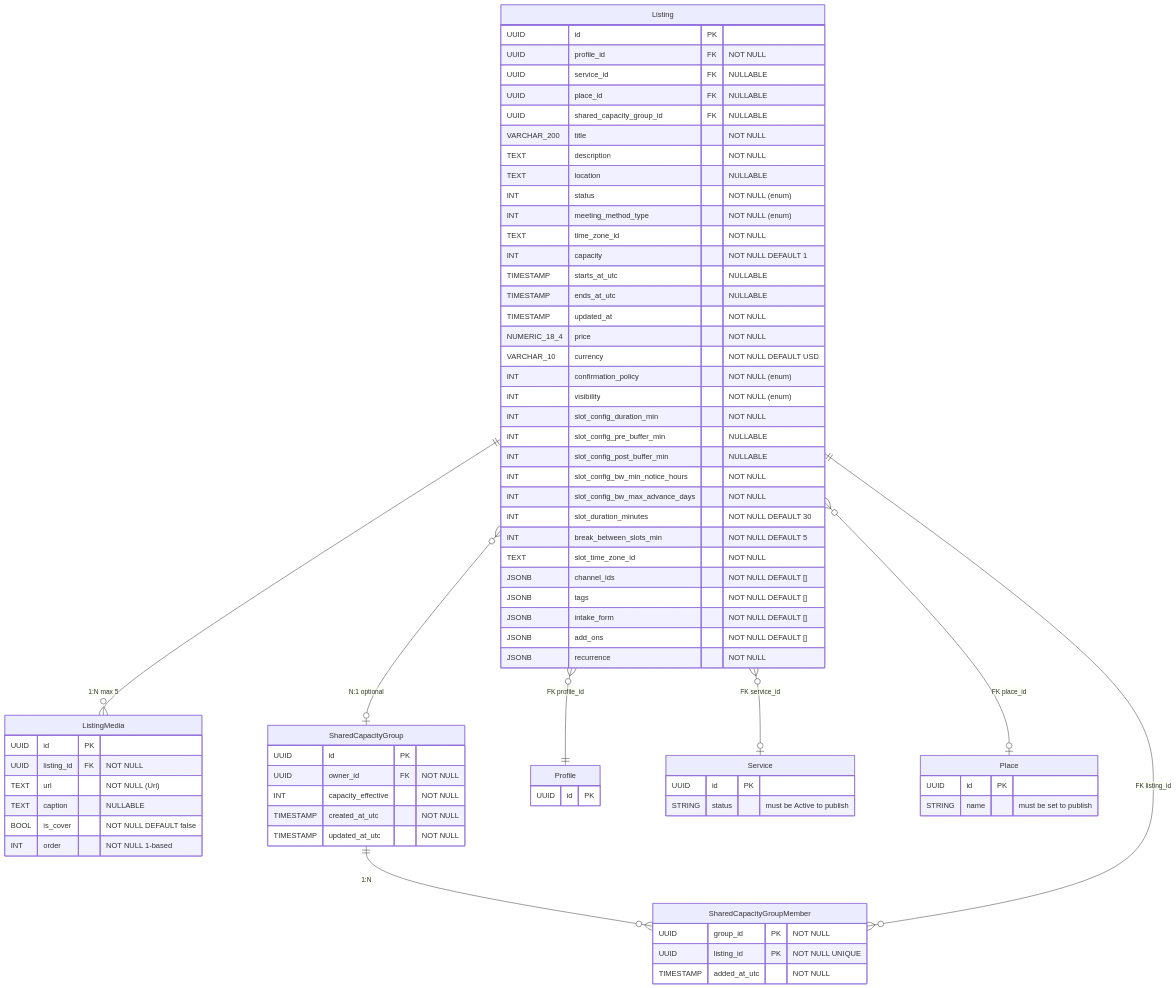
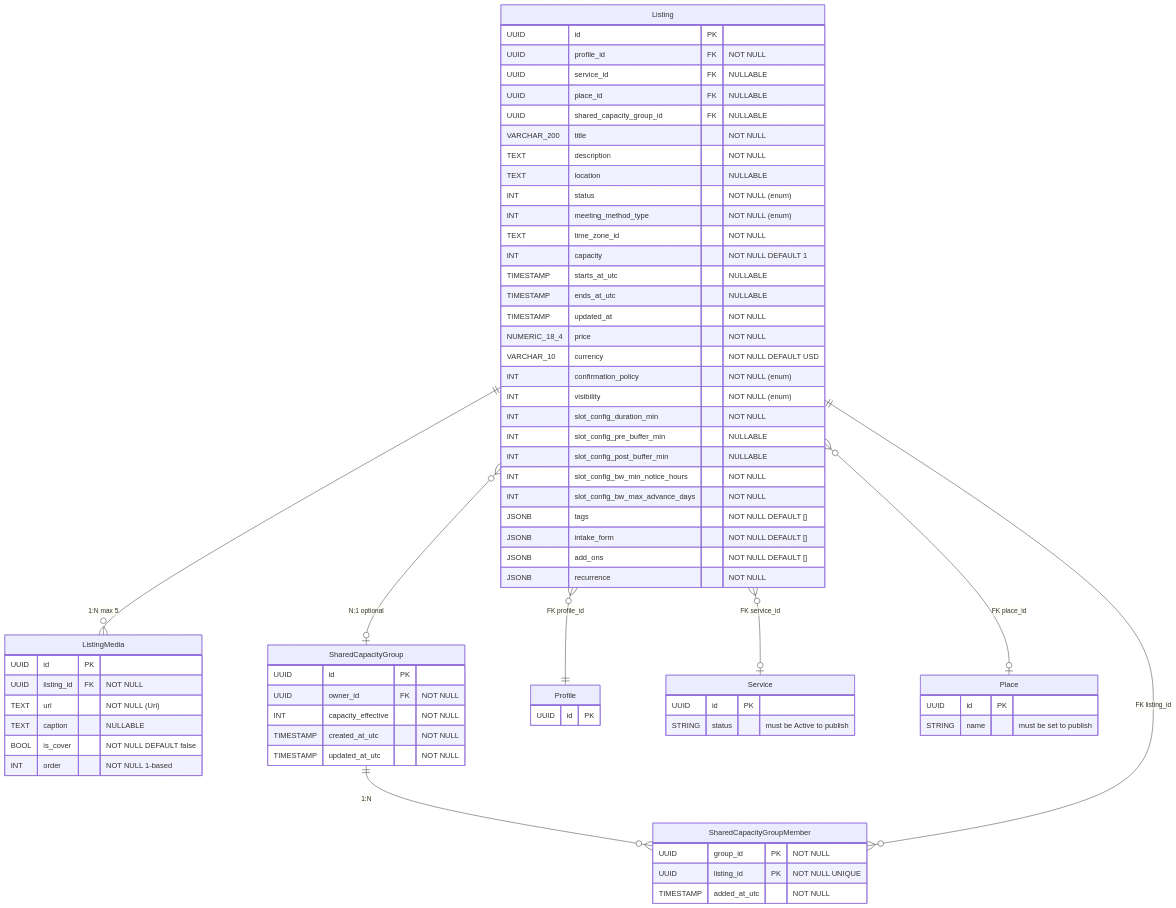
The diagram in docs/03-architecture/design-system/erDiagram.mmd (vytehub/vt-docs-public), drawn with Mermaid before and after one commit. The commit also changed 19 other files, not shown here.

```diff
--- a/docs/03-architecture/design-system/erDiagram.mmd
+++ b/docs/03-architecture/design-system/erDiagram.mmd
@@ -1,80 +1,76 @@
 erDiagram
     Listing {
         UUID id PK
         UUID profile_id FK "NOT NULL"
         UUID service_id FK "NULLABLE"
         UUID place_id FK "NULLABLE"
         UUID shared_capacity_group_id FK "NULLABLE"
         VARCHAR_200 title "NOT NULL"
         TEXT description "NOT NULL"
         TEXT location "NULLABLE"
         INT status "NOT NULL (enum)"
         INT meeting_method_type "NOT NULL (enum)"
         TEXT time_zone_id "NOT NULL"
         INT capacity "NOT NULL DEFAULT 1"
         TIMESTAMP starts_at_utc "NULLABLE"
         TIMESTAMP ends_at_utc "NULLABLE"
         TIMESTAMP updated_at "NOT NULL"
         NUMERIC_18_4 price "NOT NULL"
         VARCHAR_10 currency "NOT NULL DEFAULT USD"
         INT confirmation_policy "NOT NULL (enum)"
         INT visibility "NOT NULL (enum)"
         INT slot_config_duration_min "NOT NULL"
         INT slot_config_pre_buffer_min "NULLABLE"
         INT slot_config_post_buffer_min "NULLABLE"
         INT slot_config_bw_min_notice_hours "NOT NULL"
         INT slot_config_bw_max_advance_days "NOT NULL"
-        INT slot_duration_minutes "NOT NULL DEFAULT 30"
-        INT break_between_slots_min "NOT NULL DEFAULT 5"
-        TEXT slot_time_zone_id "NOT NULL"
-        JSONB channel_ids "NOT NULL DEFAULT []"
         JSONB tags "NOT NULL DEFAULT []"
         JSONB intake_form "NOT NULL DEFAULT []"
         JSONB add_ons "NOT NULL DEFAULT []"
         JSONB recurrence "NOT NULL"
     }
 
     ListingMedia {
         UUID id PK
         UUID listing_id FK "NOT NULL"
         TEXT url "NOT NULL (Uri)"
         TEXT caption "NULLABLE"
         BOOL is_cover "NOT NULL DEFAULT false"
         INT order "NOT NULL 1-based"
     }
 
     SharedCapacityGroup {
         UUID id PK
         UUID owner_id FK "NOT NULL"
         INT capacity_effective "NOT NULL"
         TIMESTAMP created_at_utc "NOT NULL"
         TIMESTAMP updated_at_utc "NOT NULL"
     }
 
     SharedCapacityGroupMember {
         UUID group_id PK "NOT NULL"
         UUID listing_id PK "NOT NULL UNIQUE"
         TIMESTAMP added_at_utc "NOT NULL"
     }
 
     Profile {
         UUID id PK
     }
 
     Service {
         UUID id PK
         STRING status "must be Active to publish"
     }
 
     Place {
         UUID id PK
         STRING name "must be set to publish"
     }
 
     Listing ||--o{ ListingMedia : "1:N max 5"
     Listing }o--o| SharedCapacityGroup : "N:1 optional"
     SharedCapacityGroup ||--o{ SharedCapacityGroupMember : "1:N"
     SharedCapacityGroupMember }o--|| Listing : "FK listing_id"
     Listing }o--|| Profile : "FK profile_id"
     Listing }o--o| Service : "FK service_id"
     Listing }o--o| Place : "FK place_id"
```
